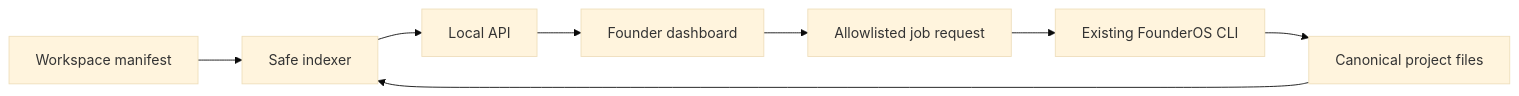
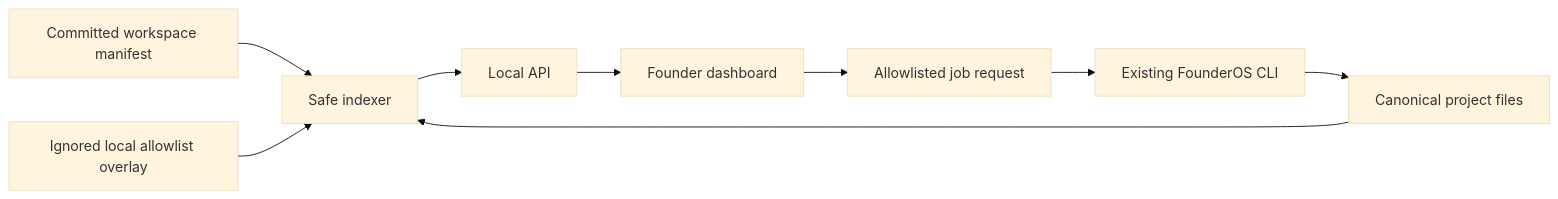
One commit to adamshen1007/FounderOS changed the diagram in specs/018-local-founder-workspace.md. Above: the diagram before and after it, drawn with Mermaid (base theme). The commit also changed other lines of this file and 31 other files, not shown here.

````diff
--- a/specs/018-local-founder-workspace.md
+++ b/specs/018-local-founder-workspace.md
@@ -11,10 +11,11 @@
 ```mermaid
 flowchart LR
-    A["Workspace manifest"] --> B["Safe indexer"]
+    A["Committed workspace manifest"] --> B["Safe indexer"]
+    H["Ignored local allowlist overlay"] --> B
     C["Canonical project files"] --> B
     B --> D["Local API"]
     D --> E["Founder dashboard"]
     E --> F["Allowlisted job request"]
     F --> G["Existing FounderOS CLI"]
     G --> C
 ```
````
